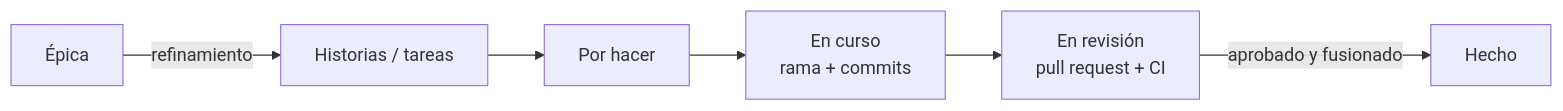
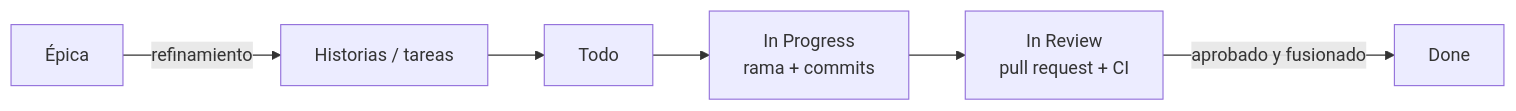
The diagram in CONTRIBUTING.md (zStrikke/zBooks), drawn with Mermaid before and after one commit. The commit also changed other lines of this file and 1 other file, not shown here.

````diff
--- a/CONTRIBUTING.md
+++ b/CONTRIBUTING.md
@@ -7,8 +7,8 @@
 ```mermaid
 flowchart LR
     A[Épica] -->|refinamiento| B[Historias / tareas]
-    B --> C[Por hacer]
-    C --> D[En curso<br/>rama + commits]
-    D --> E[En revisión<br/>pull request + CI]
-    E -->|aprobado y fusionado| F[Hecho]
+    B --> C[Todo]
+    C --> D[In Progress<br/>rama + commits]
+    D --> E[In Review<br/>pull request + CI]
+    E -->|aprobado y fusionado| F[Done]
 ```
````
